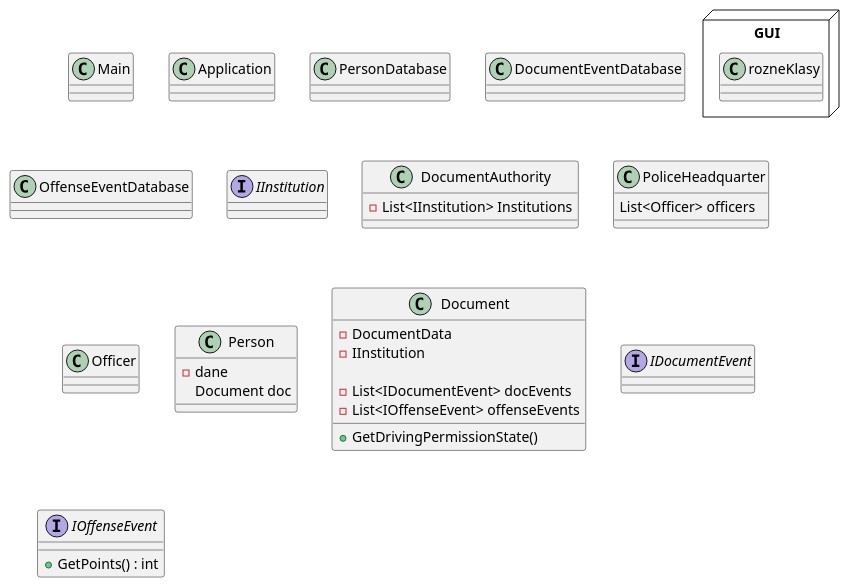
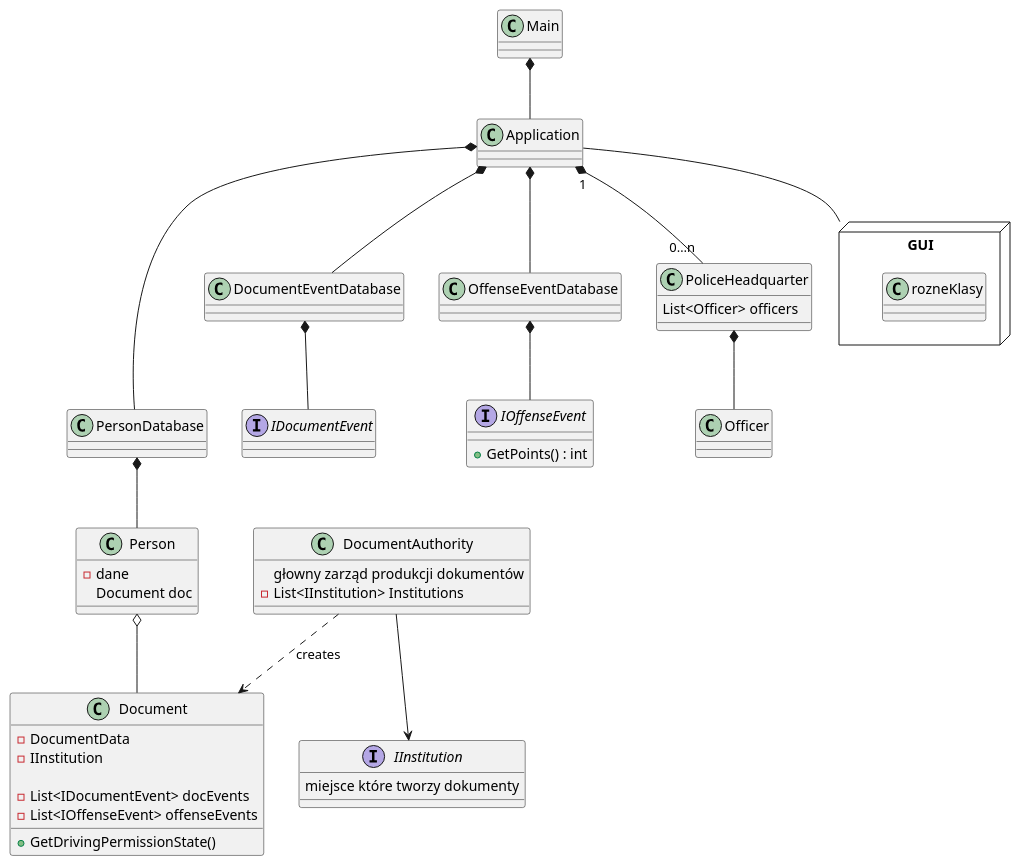
One commit to CZOLGOWUS/TO_lab_7 changed the diagram in UML/Global.puml. Above: the diagram before and after it, drawn with PlantUML. The commit also changed 1 other file, not shown here.

```diff
--- a/UML/Global.puml
+++ b/UML/Global.puml
@@ -1,97 +1,120 @@
 @startuml
 'https://plantuml.com/sequence-diagram
 
 'interfejs raczej napewno do zmian oraz dodania nowych
 
 class Main
 {
-    'łądowanie baz danych razem z odpoiwednimi typami eventów
-    'baza danych ludzi
 }
 
 'Faced
 class Application
 {
+    'łądowanie baz danych razem z odpoiwednimi typami eventów
+    'baza danych ludzi
 
 }
 
 class PersonDatabase
 {
 
 }
 
 class DocumentEventDatabase
 {
     'rodzaje eventów np w listach
 }
 
 class OffenseEventDatabase
 {
 
 }
 
 interface IInstitution
 {
     'informacje odnosnie instytucji wydajacej dany dokument
+    miejsce które tworzy dokumenty
 }
 
 'chodzi o organ wydający i zarządzający dokumentami
 'tu można by było zastosować flyweight
 class DocumentAuthority
 {
+    głowny zarząd produkcji dokumentów
     - List<IInstitution> Institutions
 }
 
 class PoliceHeadquarter
 {
     List<Officer> officers
 }
 
 class Officer
 {
 
 }
 
 class Person
 {
     /'imię, nazwisko, data i miejsce urodzenia, pesel,
      adres stałego miejsca pobytu, charakterystyka dokumentu stwierdzającego posiadane uprawnienia'/
     - dane
     Document doc
 }
 
 ' trzeba dodac logikę np przez strategie tego
 ' ,że w zależności daty zdobycia prawa jazdy zmienia sie ilość punktów
 ' po której zabierają prawojazdy
 class Document
 {
     /'(datę nadania uprawnień, datę wygaśnięcia uprawnień, organ nadający uprawnienia, numer dokumentu, wydającego dokument, datę ważności dokumentu)'/
 
     - DocumentData
     - IInstitution
 
     'przechowywane eventy które są utworzone z góry lub przez inny podmiot dodawane do bazy
     - List<IDocumentEvent> docEvents
     - List<IOffenseEvent> offenseEvents
 
     + GetDrivingPermissionState()
 
 }
 
 interface IDocumentEvent
 {
     /' zdarzenia zatrzymania dokumentu oraz zwrócenia,
     cofnięcia uprawnienia oraz przywrócenia, utraty oraz odnalezienia,
     a także orzeczeń o zakazie prowadzenia pojazdów'/
 }
 
 interface IOffenseEvent
 {
     + GetPoints() : int
 }
 
 node GUI{
     class rozneKlasy{}
 }
 
+Main *-d- Application
+
+Application *-- DocumentEventDatabase
+Application *-- OffenseEventDatabase
+Application *--- PersonDatabase
+Application "1" *-- "0…n" PoliceHeadquarter
+
+Application -- GUI
+
+PoliceHeadquarter *-- Officer
+
+PersonDatabase *-- Person
+
+Person o-- Document
+
+DocumentAuthority ..> Document : "creates"
+DocumentAuthority --> IInstitution
+
+OffenseEventDatabase *-- IOffenseEvent
+DocumentEventDatabase *-- IDocumentEvent
+
 @enduml
```
